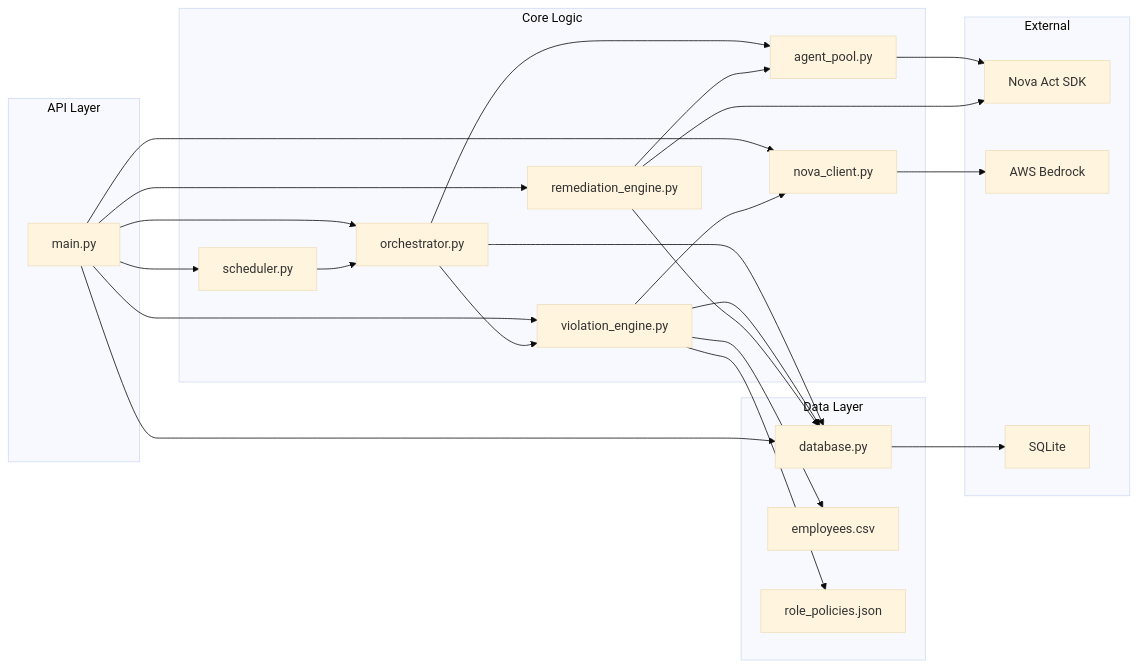
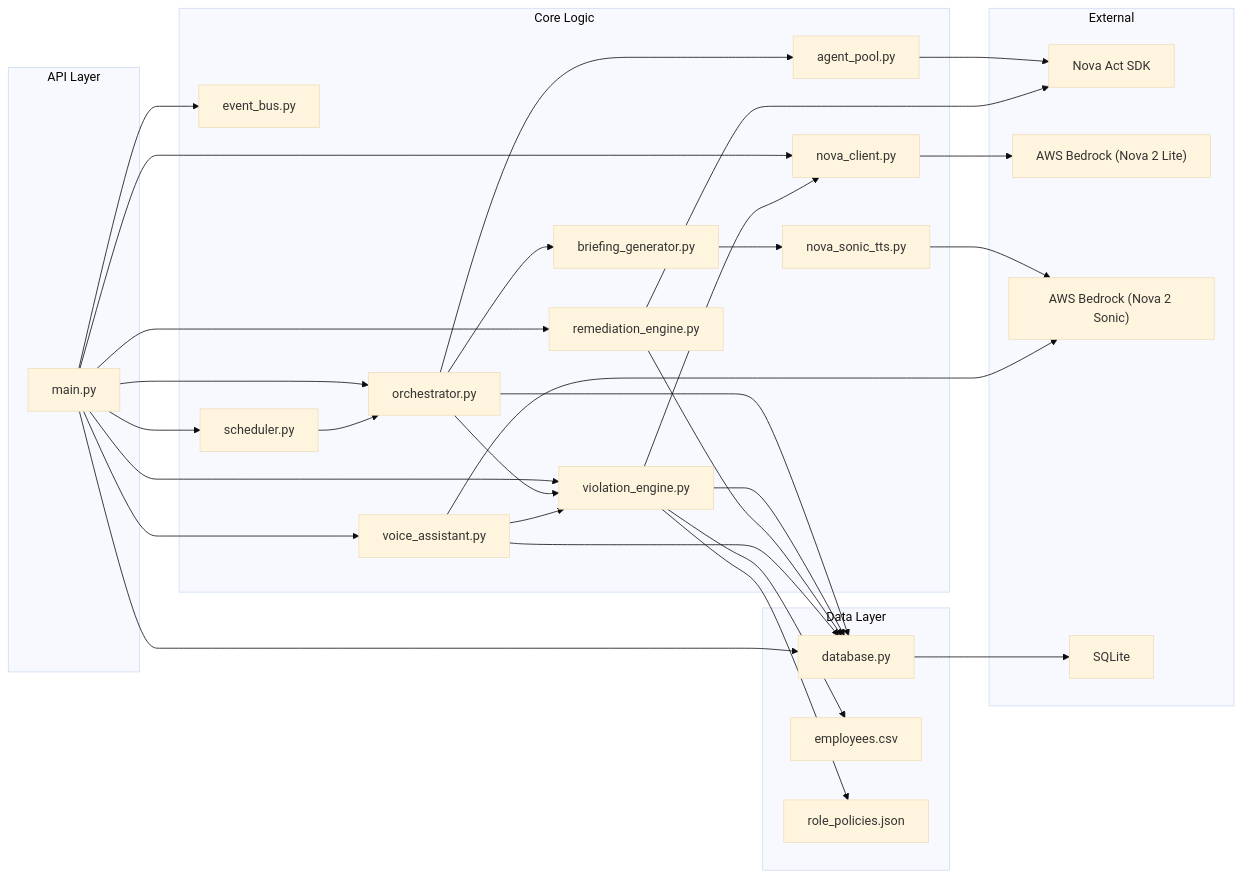
Before and after one commit to ask-anannya/Sentinel: the fifth of 7 diagrams in ARCHITECTURE.md, drawn with Mermaid (base theme). The commit also changed other lines of this file and 19 other files, not shown here.

````diff
--- a/ARCHITECTURE.md
+++ b/ARCHITECTURE.md
@@ -185,37 +262,46 @@
 ```mermaid
 graph LR
     subgraph API Layer
         main["main.py"]
     end
 
     subgraph Core Logic
         orch["orchestrator.py"]
         ap["agent_pool.py"]
         ve["violation_engine.py"]
         re["remediation_engine.py"]
         nc["nova_client.py"]
+        nst["nova_sonic_tts.py"]
+        vas["voice_assistant.py"]
+        bg["briefing_generator.py"]
+        eb["event_bus.py"]
         sched["scheduler.py"]
     end
 
     subgraph Data Layer
         db["database.py"]
         csv["employees.csv"]
         json["role_policies.json"]
     end
 
     subgraph External
         nova["Nova Act SDK"]
-        bedrock["AWS Bedrock"]
+        bedrock["AWS Bedrock (Nova 2 Lite)"]
+        sonic["AWS Bedrock (Nova 2 Sonic)"]
         sqlite["SQLite"]
     end
 
-    main --> orch & ve & re & nc & db & sched
+    main --> orch & ve & re & nc & db & sched & vas & eb
     sched --> orch
-    orch --> ap & ve & db
+    orch --> ap & ve & db & bg
     ap --> nova
     ve --> nc & db
     ve --> csv & json
-    re --> nova & db & ap
+    re --> nova & db
     nc --> bedrock
+    bg --> nst
+    nst --> sonic
+    vas --> sonic
+    vas --> db & ve
     db --> sqlite
 ```
````
